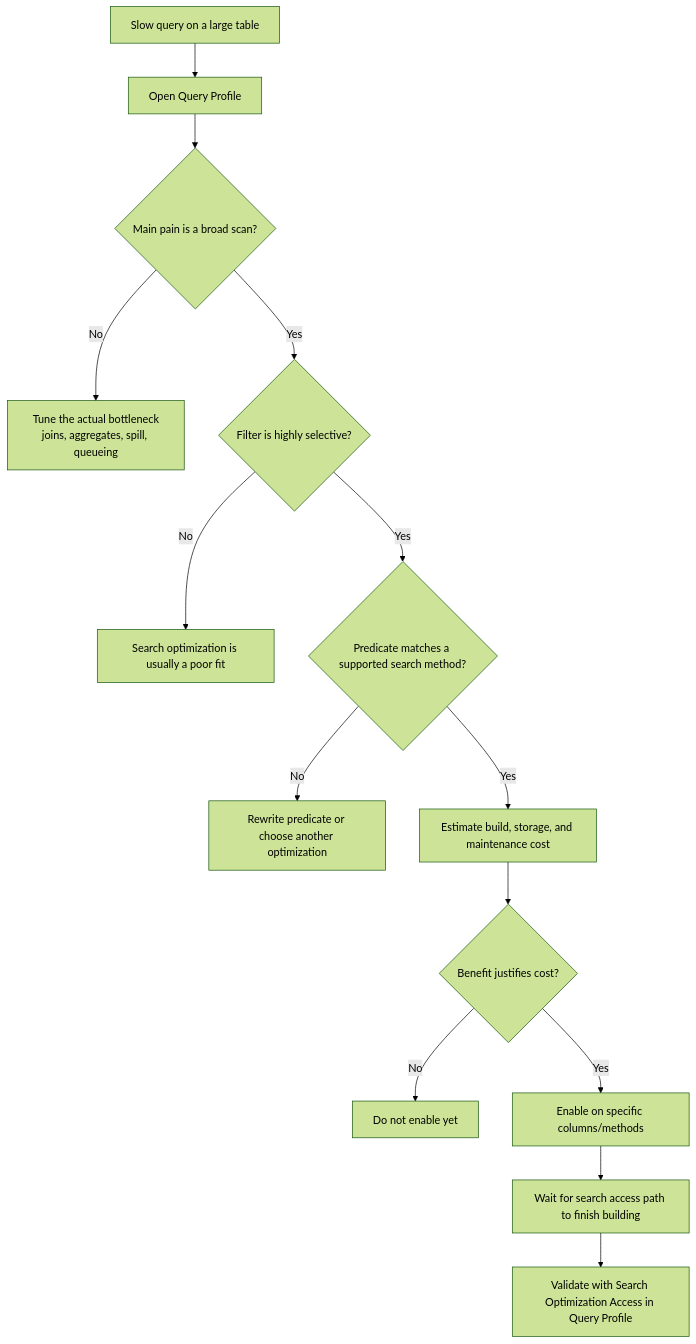
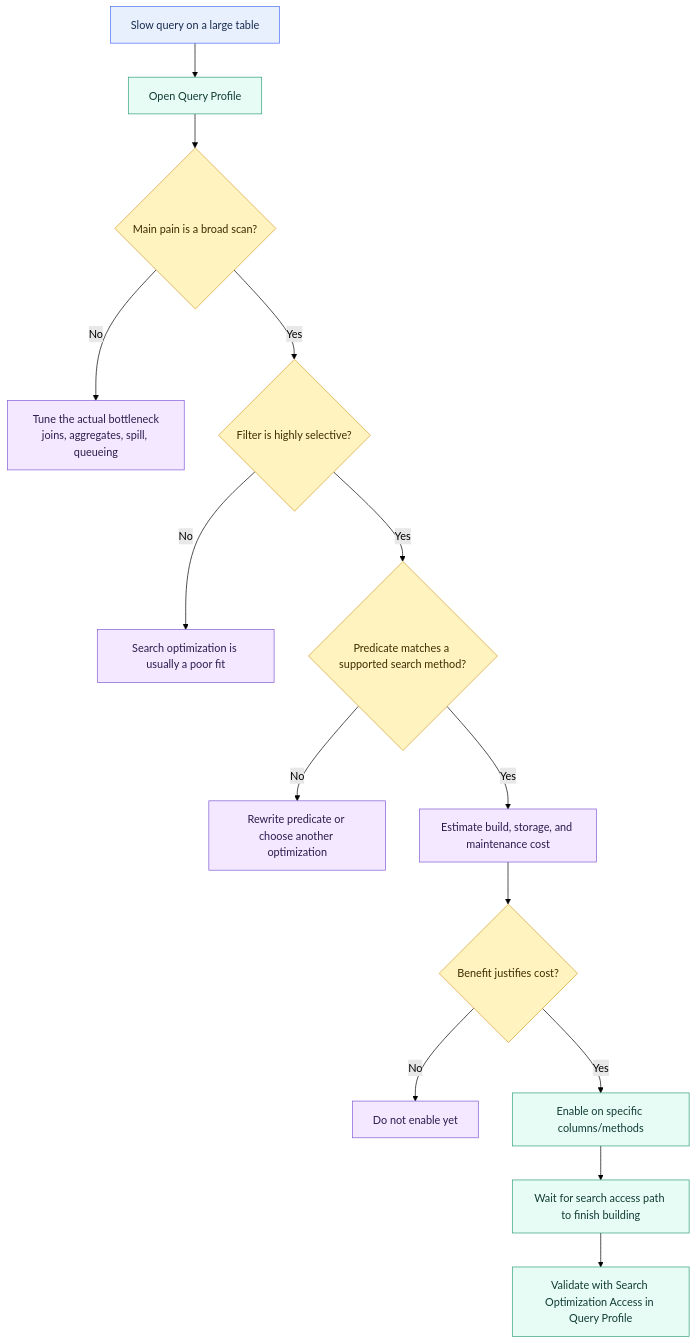
The diagram in 01 Snowflake/02 Performance and Optimization/09 Search Optimization Service.md (shonningsoy/Upskill), drawn with Mermaid (forest theme) before and after one commit. The commit also changed other lines of this file and 6 other files, not shown here.

````diff
--- a/01 Snowflake/02 Performance and Optimization/09 Search Optimization Service.md
+++ b/01 Snowflake/02 Performance and Optimization/09 Search Optimization Service.md
@@ -70,16 +72,27 @@
 ```mermaid
 flowchart TD
     A["Slow query on a large table"] --> B["Open Query Profile"]
     B --> C{"Main pain is a broad scan?"}
     C -->|No| D["Tune the actual bottleneck<br/>joins, aggregates, spill, queueing"]
     C -->|Yes| E{"Filter is highly selective?"}
     E -->|No| F["Search optimization is usually a poor fit"]
     E -->|Yes| G{"Predicate matches a supported search method?"}
     G -->|No| H["Rewrite predicate or choose another optimization"]
     G -->|Yes| I["Estimate build, storage, and maintenance cost"]
     I --> J{"Benefit justifies cost?"}
     J -->|No| K["Do not enable yet"]
     J -->|Yes| L["Enable on specific columns/methods"]
     L --> M["Wait for search access path to finish building"]
     M --> N["Validate with Search Optimization Access in Query Profile"]
+
+    classDef input fill:#E8F0FE,stroke:#4C6EF5,color:#172B4D
+    classDef control fill:#FFF3BF,stroke:#D69E2E,color:#3D2E00
+    classDef snowflake fill:#E6FCF5,stroke:#2F9E7B,color:#123C34
+    classDef platform fill:#F1F3F5,stroke:#868E96,color:#212529
+    classDef output fill:#F3E8FF,stroke:#805AD5,color:#2D1B4E
+
+    class A input
+    class B,L,M,N snowflake
+    class C,E,G,J control
+    class D,F,H,I,K output
 ```
````
